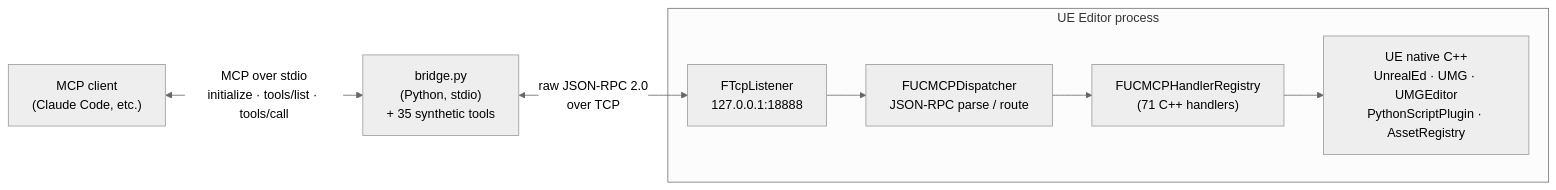
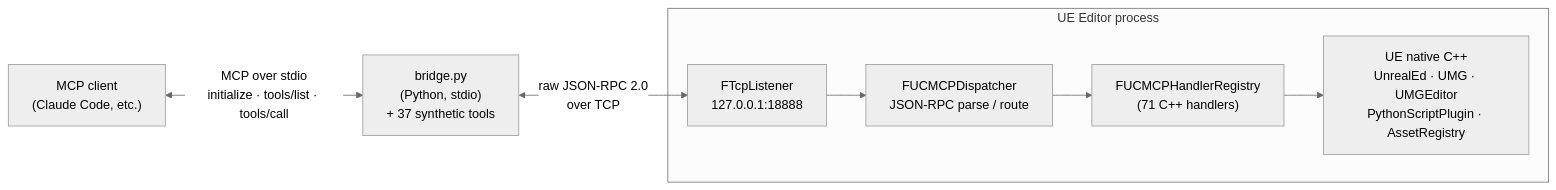
One commit to NAJEMWEHBE/unreal-ai-connection changed the first of 2 diagrams in docs/ARCHITECTURE.md. Above: the diagram before and after it, drawn with Mermaid (neutral theme). The commit also changed 22 other files, not shown here.

````diff
--- a/docs/ARCHITECTURE.md
+++ b/docs/ARCHITECTURE.md
@@ -5,18 +5,18 @@
 ```mermaid
 flowchart LR
     Client["MCP client<br/>(Claude Code, etc.)"]
-    Bridge["bridge.py<br/>(Python, stdio)<br/>+ 35 synthetic tools"]
+    Bridge["bridge.py<br/>(Python, stdio)<br/>+ 37 synthetic tools"]
 
     subgraph UE["UE Editor process"]
         TCP["FTcpListener<br/>127.0.0.1:18888"]
         Disp["FUCMCPDispatcher<br/>JSON-RPC parse / route"]
         Reg["FUCMCPHandlerRegistry<br/>(71 C++ handlers)"]
         Native["UE native C++<br/>UnrealEd · UMG · UMGEditor<br/>PythonScriptPlugin · AssetRegistry"]
     end
 
     Client <-->|"MCP over stdio<br/>initialize · tools/list · tools/call"| Bridge
     Bridge <-->|"raw JSON-RPC 2.0<br/>over TCP"| TCP
     TCP --> Disp
     Disp --> Reg
     Reg --> Native
 ```
````
